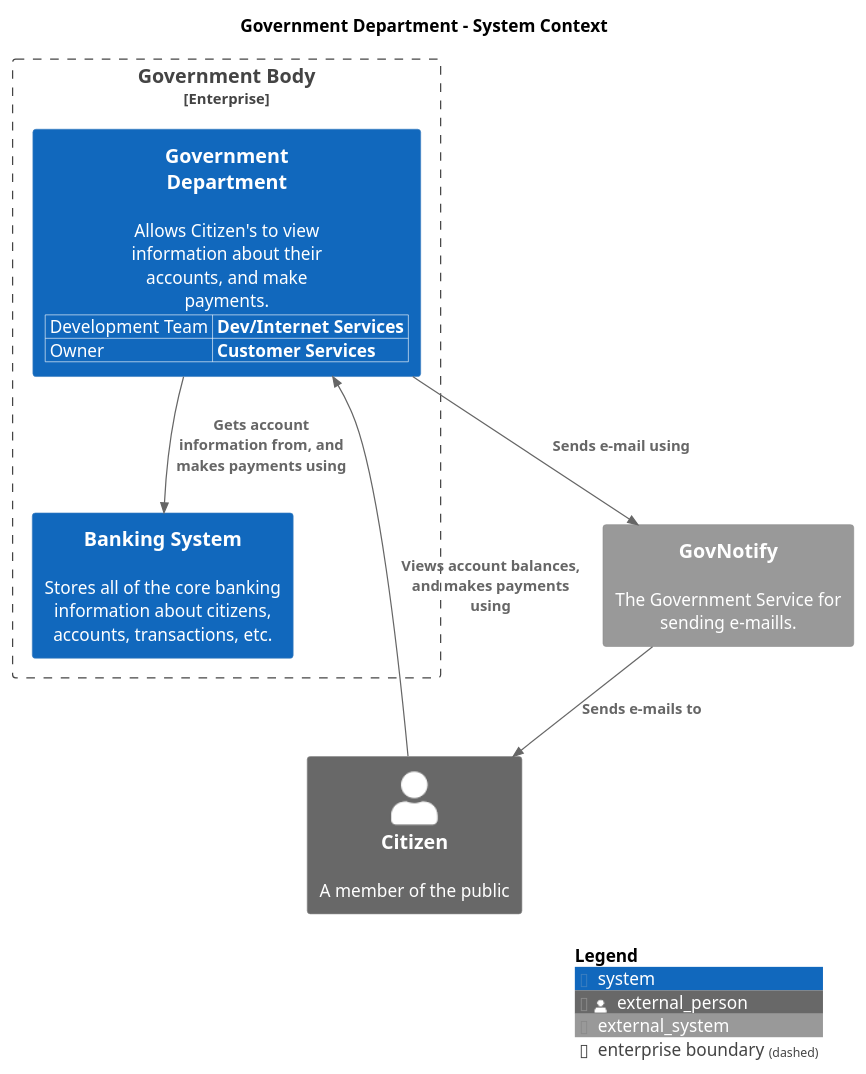
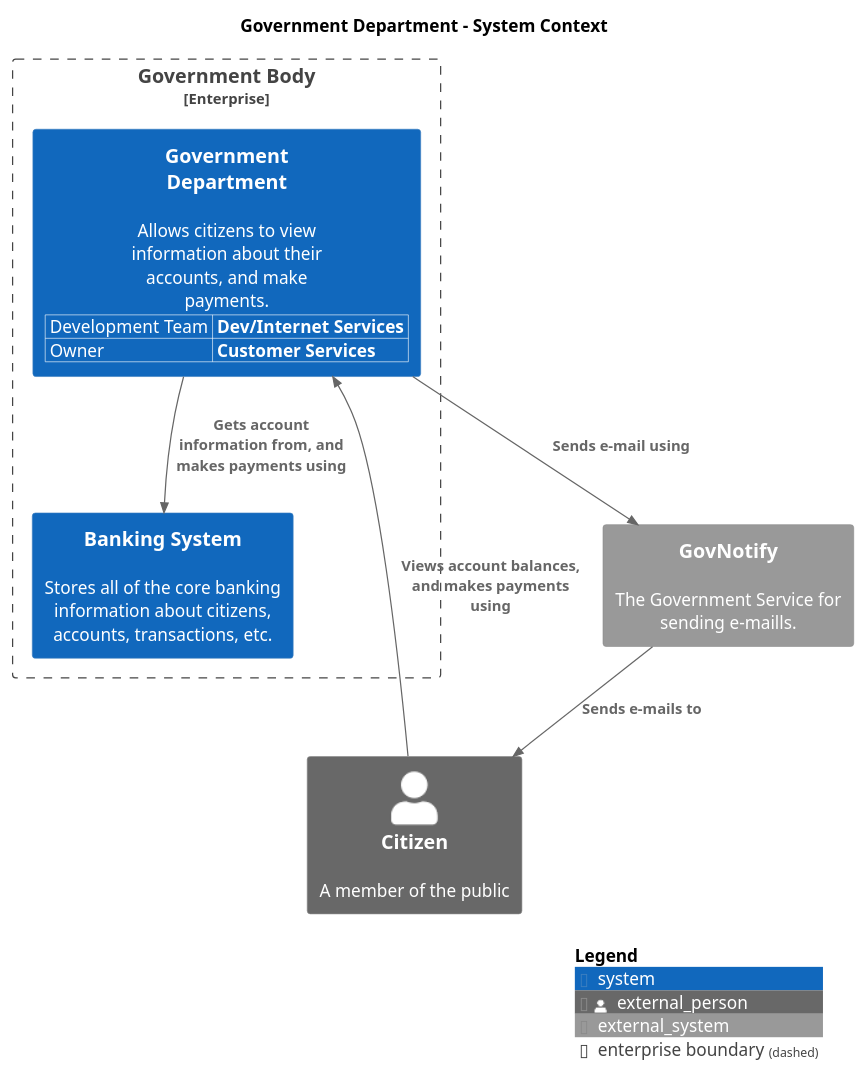
The diagram in puml/SystemContext-SystemContext.puml (madetech/structurizr-template), drawn with PlantUML before and after one commit. The commit also changed 32 other files, not shown here.

```diff
--- a/puml/SystemContext-SystemContext.puml
+++ b/puml/SystemContext-SystemContext.puml
@@ -1,29 +1,29 @@
 @startuml
 set separator none
 title Government Department - System Context
 
 top to bottom direction
 
 !include https://raw.githubusercontent.com/plantuml-stdlib/C4-PlantUML/master/C4.puml
 !include https://raw.githubusercontent.com/plantuml-stdlib/C4-PlantUML/master/C4_Context.puml
 
 skinparam svgDimensionStyle false
 skinparam preserveAspectRatio meet
 Enterprise_Boundary(enterprise, "Government Body") {
   System(BankingSystem, "Banking System", "Stores all of the core banking information about citizens, accounts, transactions, etc.", $tags="")[[../../banking-system/context/]]
   WithoutPropertyHeader()
   AddProperty("Development Team","Dev/Internet Services")
   AddProperty("Owner","Customer Services")
-  System(GovernmentDepartment, "Government Department", "Allows Citizen's to view information about their accounts, and make payments.", $tags="")
+  System(GovernmentDepartment, "Government Department", "Allows citizens to view information about their accounts, and make payments.", $tags="")
 }
 
 Person_Ext(Citizen, "Citizen", "A member of the public", $tags="")
 System_Ext(GovNotify, "GovNotify", "The Government Service for sending e-maills.", $tags="")
 
 Rel_D(Citizen, GovernmentDepartment, "Views account balances, and makes payments using", $tags="")
 Rel_D(GovernmentDepartment, BankingSystem, "Gets account information from, and makes payments using", $tags="")
 Rel_D(GovernmentDepartment, GovNotify, "Sends e-mail using", $tags="")
 Rel_D(GovNotify, Citizen, "Sends e-mails to", $tags="")
 
 SHOW_LEGEND(true)
 @enduml
```
